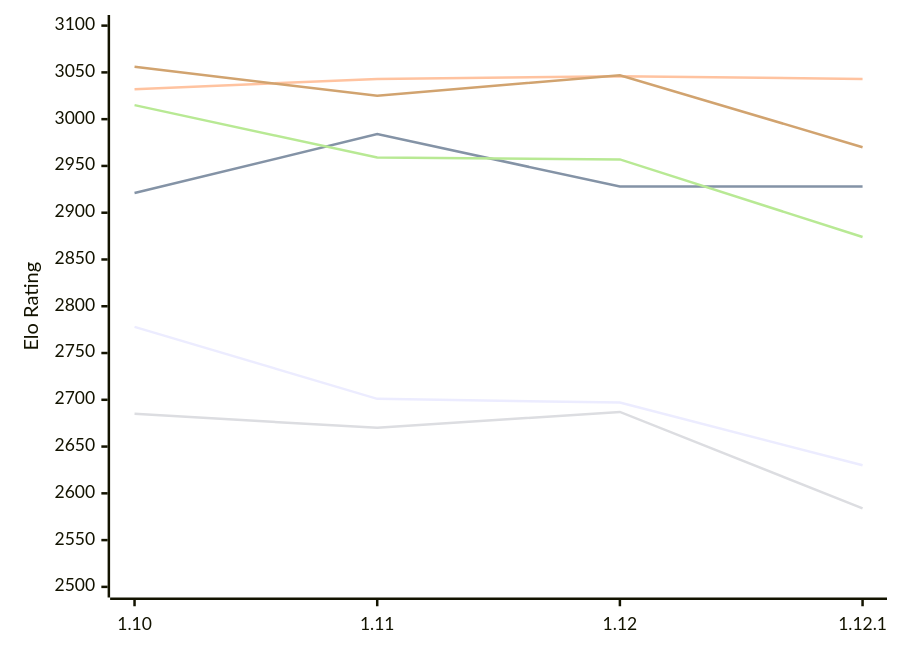
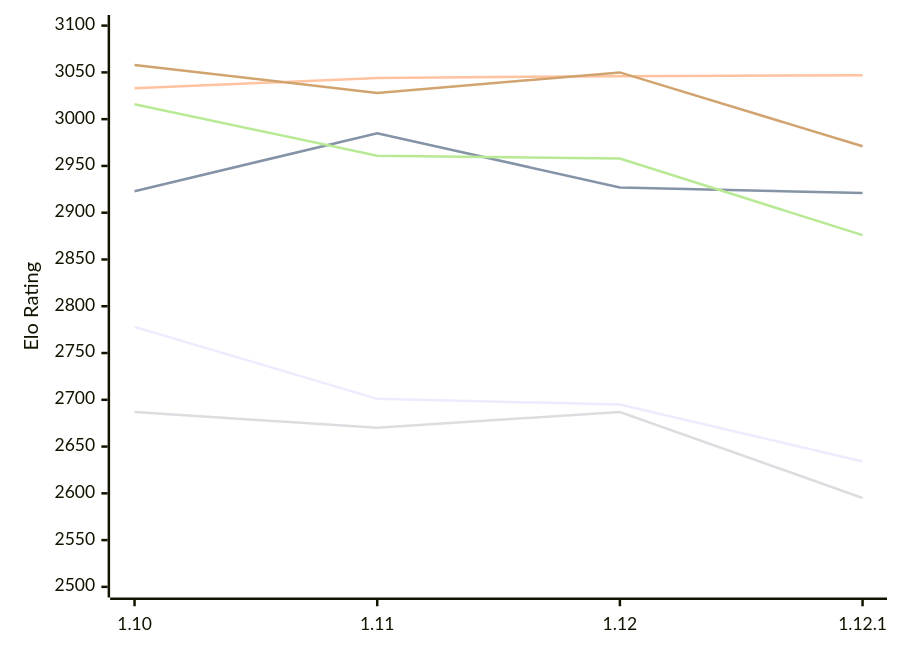
One commit to computer-chess-index/cci changed the first of 2 diagrams in engines/Roc.md. Above: the diagram before and after it, drawn with Mermaid. The commit also changed other lines of this file, not shown here.

Commit message:
Update CCI Ratings (ELO VLTC) - 2026-11-27

````diff
--- a/engines/Roc.md
+++ b/engines/Roc.md
@@ -54,12 +54,12 @@
 ```mermaid
 %%{init: {"theme":"base","themeVariables":{"seriesColors:['#a3a3a3','#222221','#faa371']}}}%%
 xychart-beta
   x-axis ["1.10", "1.11", "1.12", "1.12.1"]
   y-axis "Elo Rating" 2500 --> 3100
-  line "E1: STC (8.0+0.08s)" [2778, 2701, 2697, 2630]
-  line "E1: LTC (60.0+0.60s)" [2921, 2984, 2928, 2928]
-  line "E1: VLTC (2m24s+1.12s)" [3032, 3043, 3046, 3043]
-  line "P1: STC (8.0+0.08s)" [2685, 2670, 2687, 2584]
-  line "P1: LTC (60.0+0.60s)" [3015, 2959, 2957, 2874]
-  line "P1: VLTC (2m24s+1.12s)" [3056, 3025, 3047, 2970]
+  line "E1: STC (8.0+0.08s)" [2778, 2701, 2695, 2634]
+  line "E1: LTC (60.0+0.60s)" [2923, 2985, 2927, 2921]
+  line "E1: VLTC (2m24s+1.12s)" [3033, 3044, 3046, 3047]
+  line "P1: STC (8.0+0.08s)" [2687, 2670, 2687, 2595]
+  line "P1: LTC (60.0+0.60s)" [3016, 2961, 2958, 2876]
+  line "P1: VLTC (2m24s+1.12s)" [3058, 3028, 3050, 2971]
 ```
````
